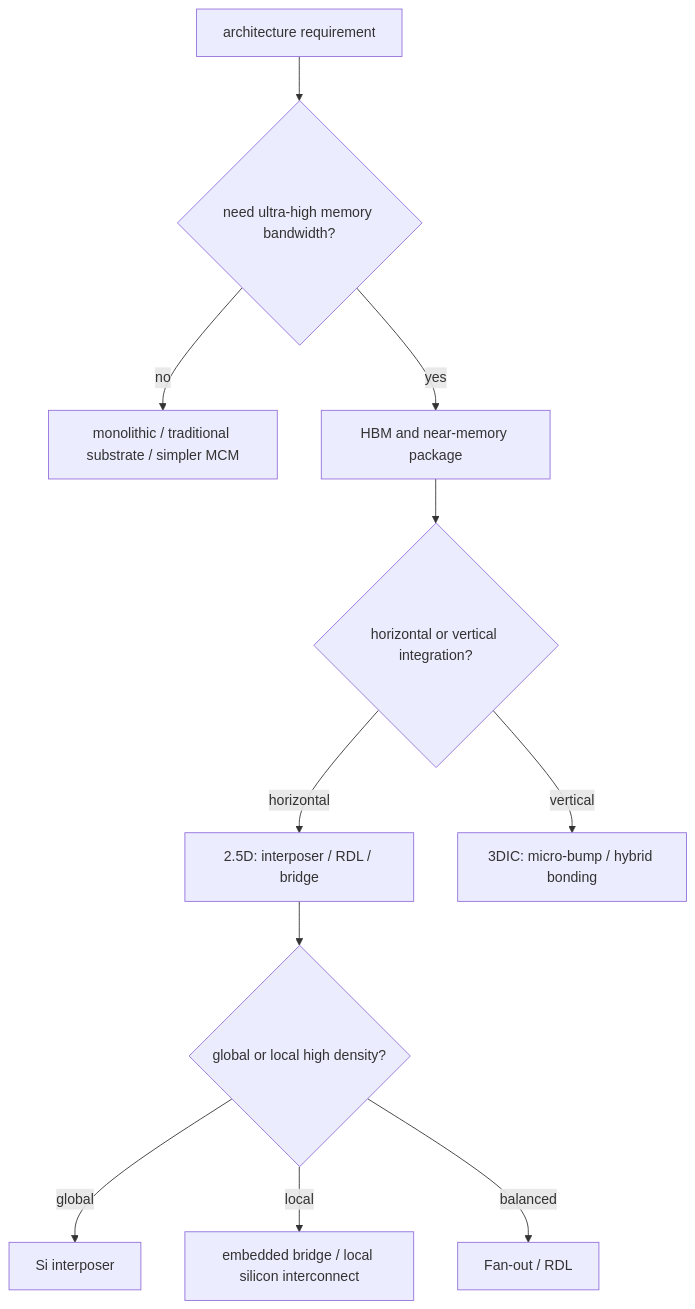
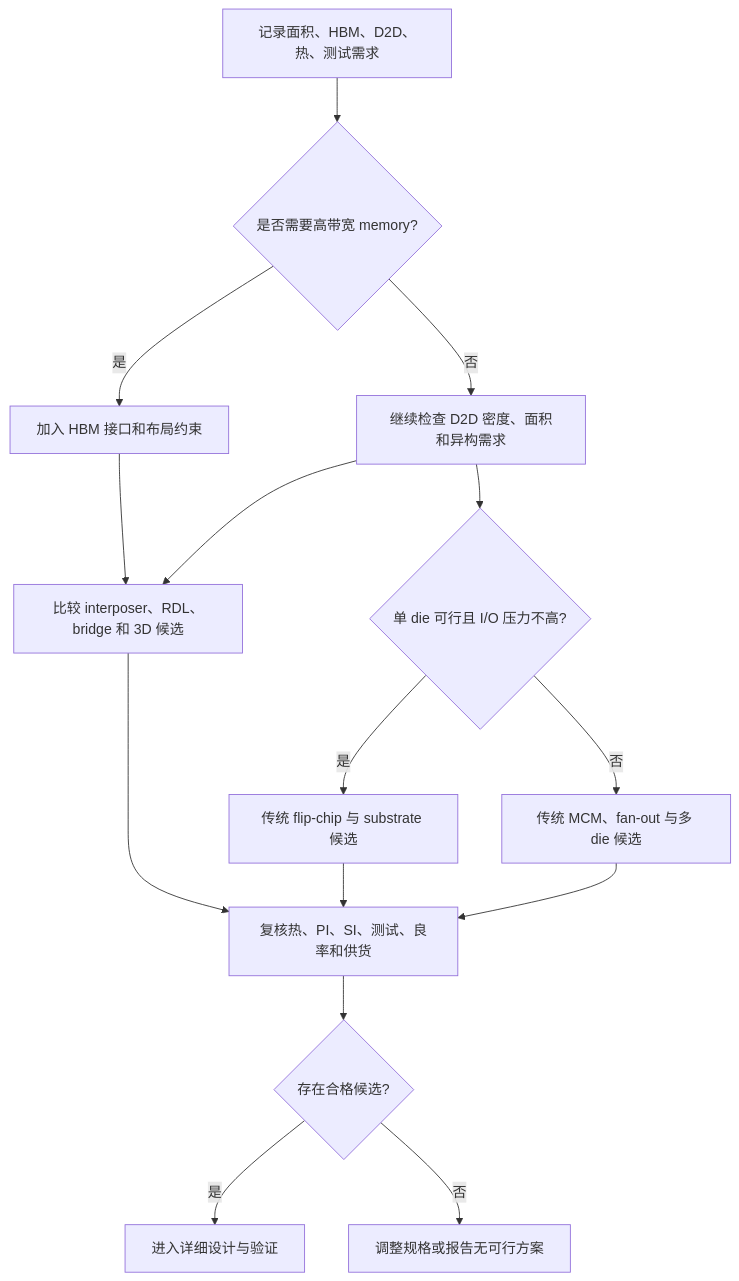
The diagram in FAB/wiki/06-cross-cutting-engineering/from-architecture-to-process-selection.md (microarch-flow/wiki), drawn with Mermaid before and after one commit. The commit also changed other lines of this file and 458 other files, not shown here.

````diff
--- a/FAB/wiki/06-cross-cutting-engineering/from-architecture-to-process-selection.md
+++ b/FAB/wiki/06-cross-cutting-engineering/from-architecture-to-process-selection.md
@@ -25,13 +25,17 @@
 ```mermaid
 flowchart TD
-    A[architecture requirement] --> B{need ultra-high memory bandwidth?}
-    B -- no --> C[monolithic / traditional substrate / simpler MCM]
-    B -- yes --> D[HBM and near-memory package]
-    D --> E{horizontal or vertical integration?}
-    E -- horizontal --> F[2.5D: interposer / RDL / bridge]
-    E -- vertical --> G[3DIC: micro-bump / hybrid bonding]
-    F --> H{global or local high density?}
-    H -- global --> I[Si interposer]
-    H -- local --> J[embedded bridge / local silicon interconnect]
-    H -- balanced --> K[Fan-out / RDL]
+    A[记录面积、HBM、D2D、热、测试需求] --> B{是否需要高带宽 memory?}
+    B -- 是 --> C[加入 HBM 接口和布局约束]
+    B -- 否 --> D[继续检查 D2D 密度、面积和异构需求]
+    C --> E[比较 interposer、RDL、bridge 和 3D 候选]
+    D --> K{单 die 可行且 I/O 压力不高?}
+    K -- 是 --> L[传统 flip-chip 与 substrate 候选]
+    K -- 否 --> M[传统 MCM、fan-out 与多 die 候选]
+    D --> E
+    E --> G[复核热、PI、SI、测试、良率和供货]
+    L --> G
+    M --> G
+    G --> H{存在合格候选?}
+    H -- 是 --> I[进入详细设计与验证]
+    H -- 否 --> J[调整规格或报告无可行方案]
 ```
````
